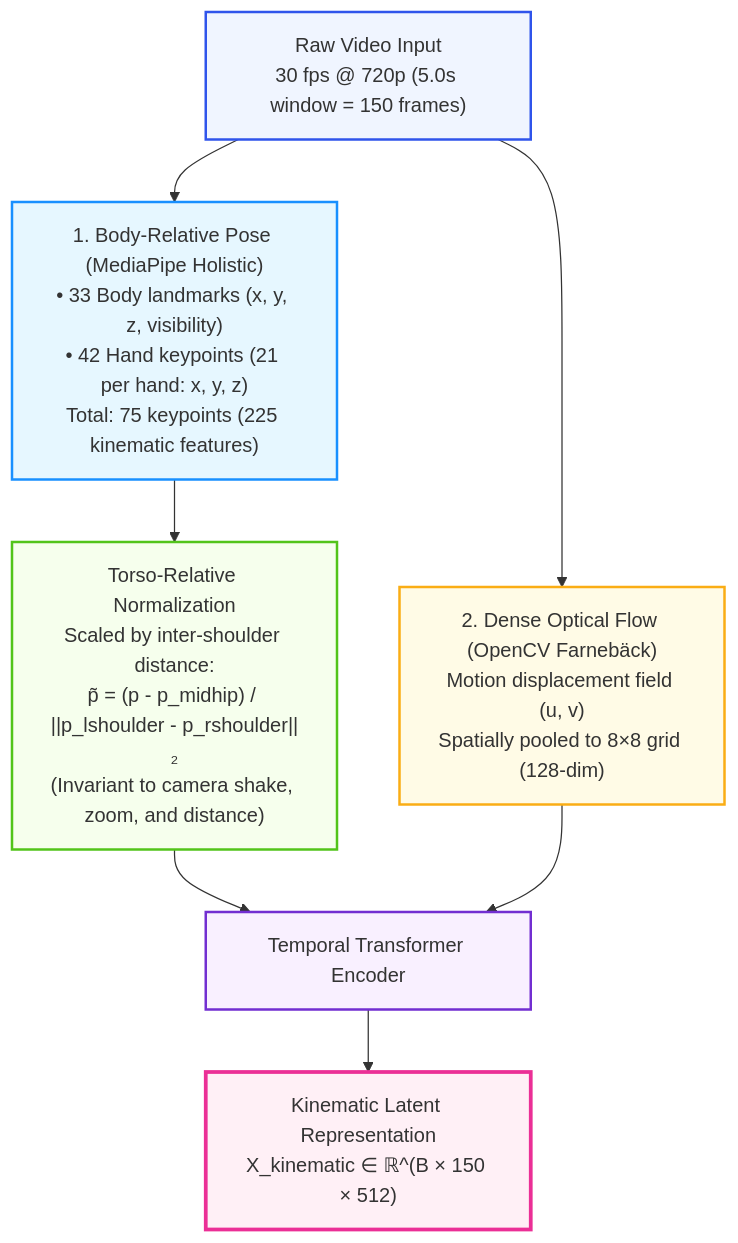
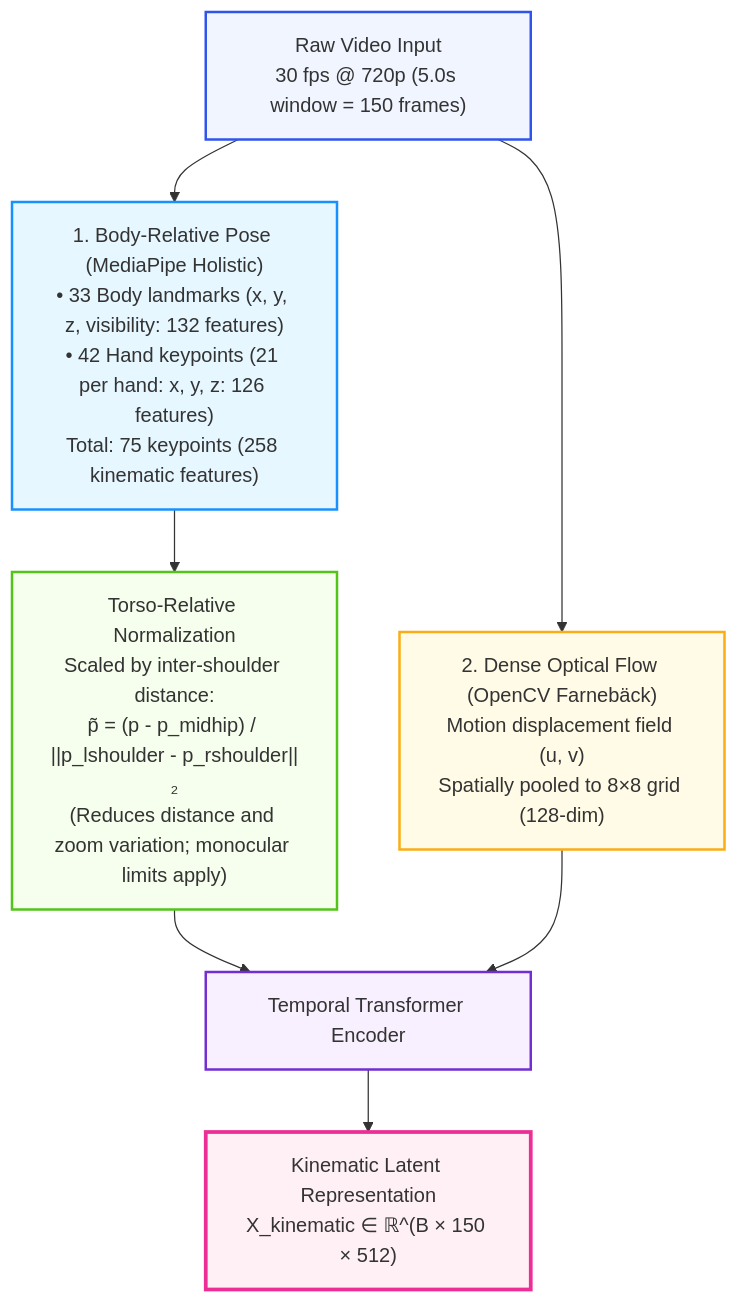
Before and after one commit to olostan/project_n: the third of 8 diagrams in DESIGN.md, drawn with Mermaid. The commit also changed other lines of this file and 6 other files, not shown here.

````diff
--- a/DESIGN.md
+++ b/DESIGN.md
@@ -123,17 +123,17 @@
 ```mermaid
 graph TD
-    RawVideo["Raw Video Input<br/>30 fps @ 720p (5.0s window = 150 frames)"] --> PoseStream["1. Body-Relative Pose (MediaPipe Holistic)<br/>• 33 Body landmarks (x, y, z, visibility)<br/>• 42 Hand keypoints (21 per hand: x, y, z)<br/>Total: 75 keypoints (225 kinematic features)"]
+    RawVideo["Raw Video Input<br/>30 fps @ 720p (5.0s window = 150 frames)"] --> PoseStream["1. Body-Relative Pose (MediaPipe Holistic)<br/>• 33 Body landmarks (x, y, z, visibility: 132 features)<br/>• 42 Hand keypoints (21 per hand: x, y, z: 126 features)<br/>Total: 75 keypoints (258 kinematic features)"]
     RawVideo --> FlowStream["2. Dense Optical Flow (OpenCV Farnebäck)<br/>Motion displacement field (u, v)<br/>Spatially pooled to 8×8 grid (128-dim)"]
 
-    PoseStream --> TorsoNorm["Torso-Relative Normalization<br/>Scaled by inter-shoulder distance:<br/>p̃ = (p - p_midhip) / ||p_lshoulder - p_rshoulder||₂<br/>(Invariant to camera shake, zoom, and distance)"]
+    PoseStream --> TorsoNorm["Torso-Relative Normalization<br/>Scaled by inter-shoulder distance:<br/>p̃ = (p - p_midhip) / ||p_lshoulder - p_rshoulder||₂<br/>(Reduces distance and zoom variation; monocular limits apply)"]
 
     TorsoNorm & FlowStream --> TempTrans["Temporal Transformer Encoder"]
     TempTrans --> LatentKinematic["Kinematic Latent Representation<br/>X_kinematic ∈ ℝ^(B × 150 × 512)"]
 
     style RawVideo fill:#f0f5ff,stroke:#2f54eb,stroke-width:2px
     style PoseStream fill:#e6f7ff,stroke:#1890ff,stroke-width:2px
     style FlowStream fill:#fffbe6,stroke:#faad14,stroke-width:2px
     style TorsoNorm fill:#f6ffed,stroke:#52c41a,stroke-width:2px
     style TempTrans fill:#f9f0ff,stroke:#722ed1,stroke-width:2px
     style LatentKinematic fill:#fff0f6,stroke:#eb2f96,stroke-width:3px
 ```
````
